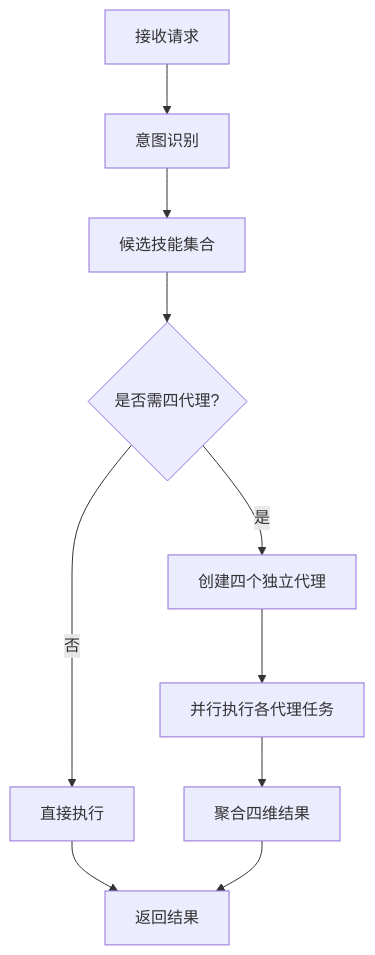
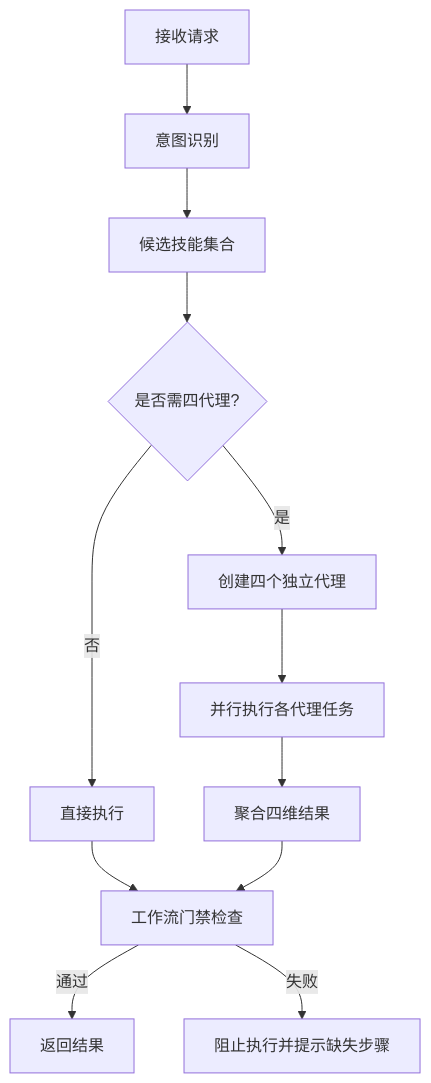
The fifth of 8 diagrams in .qoder/repowiki/zh/content/AI技能系统/技能架构设计.md (Ted-Engineer/ai-berkshire), drawn with Mermaid before and after one commit. The commit also changed other lines of this file and 87 other files, not shown here.

````diff
--- a/.qoder/repowiki/zh/content/AI技能系统/技能架构设计.md
+++ b/.qoder/repowiki/zh/content/AI技能系统/技能架构设计.md
@@ -252,12 +265,14 @@
 ```mermaid
 flowchart TD
 A["接收请求"] --> B["意图识别"]
 B --> C["候选技能集合"]
 C --> D{"是否需四代理?"}
 D --> |否| E["直接执行"]
 D --> |是| F["创建四个独立代理"]
 F --> G["并行执行各代理任务"]
 G --> H["聚合四维结果"]
-E --> I["返回结果"]
+E --> I["工作流门禁检查"]
 H --> I
+I --> |通过| J["返回结果"]
+I --> |失败| K["阻止执行并提示缺失步骤"]
 ```
````
